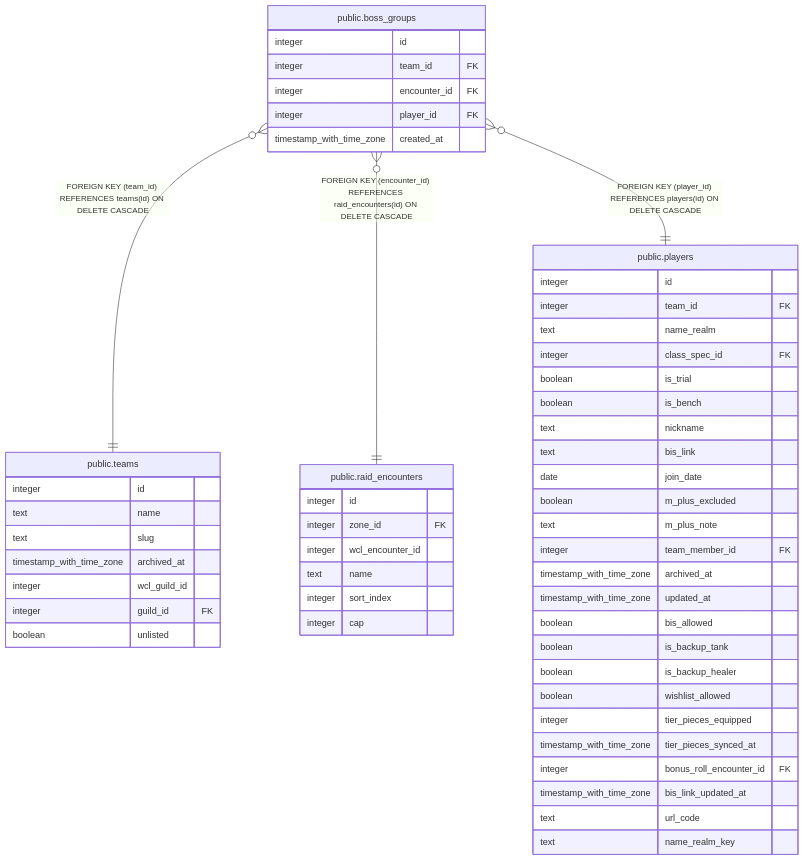
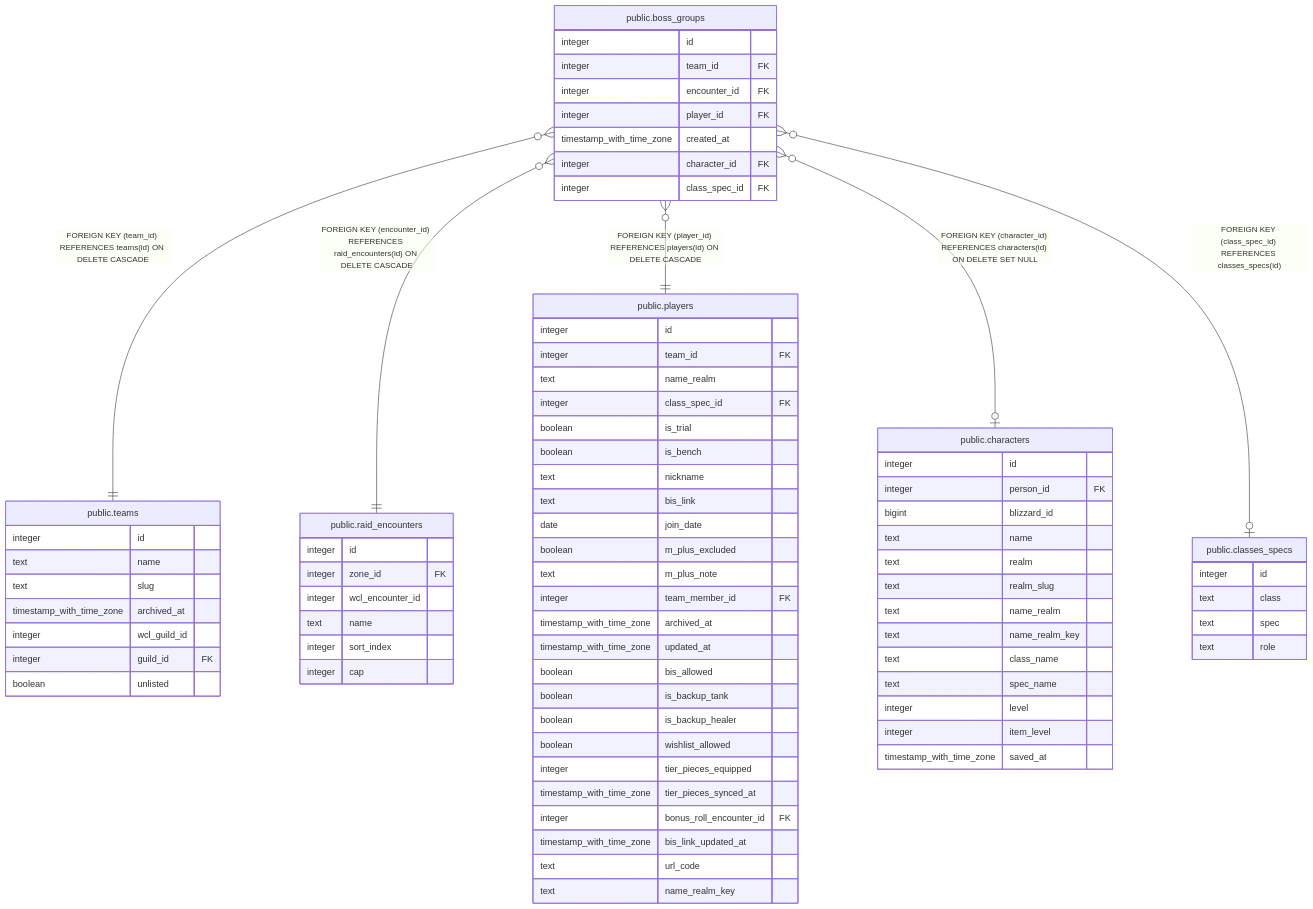
The diagram in dbdoc/public.boss_groups.md (katogaming88/WGA-Raid-Hub), drawn with Mermaid before and after one commit. The commit also changed other lines of this file and 44 other files, not shown here.

First line of the commit message:
#1580: officers pick which character and spec a raider plays on each boss

````diff
--- a/dbdoc/public.boss_groups.md
+++ b/dbdoc/public.boss_groups.md
@@ -47,6 +52,8 @@
 "public.boss_groups" }o--|| "public.teams" : "FOREIGN KEY (team_id) REFERENCES teams(id) ON DELETE CASCADE"
 "public.boss_groups" }o--|| "public.raid_encounters" : "FOREIGN KEY (encounter_id) REFERENCES raid_encounters(id) ON DELETE CASCADE"
 "public.boss_groups" }o--|| "public.players" : "FOREIGN KEY (player_id) REFERENCES players(id) ON DELETE CASCADE"
+"public.boss_groups" }o--o| "public.characters" : "FOREIGN KEY (character_id) REFERENCES characters(id) ON DELETE SET NULL"
+"public.boss_groups" }o--o| "public.classes_specs" : "FOREIGN KEY (class_spec_id) REFERENCES classes_specs(id)"
 
 "public.boss_groups" {
   integer id
@@ -54,6 +61,8 @@
   integer encounter_id FK
   integer player_id FK
   timestamp_with_time_zone created_at
+  integer character_id FK
+  integer class_spec_id FK
 }
 "public.teams" {
   integer id
@@ -98,4 +107,25 @@
   text url_code
   text name_realm_key
 }
+"public.characters" {
+  integer id
+  integer person_id FK
+  bigint blizzard_id
+  text name
+  text realm
+  text realm_slug
+  text name_realm
+  text name_realm_key
+  text class_name
+  text spec_name
+  integer level
+  integer item_level
+  timestamp_with_time_zone saved_at
+}
+"public.classes_specs" {
+  integer id
+  text class
+  text spec
+  text role
+}
 ```
````
